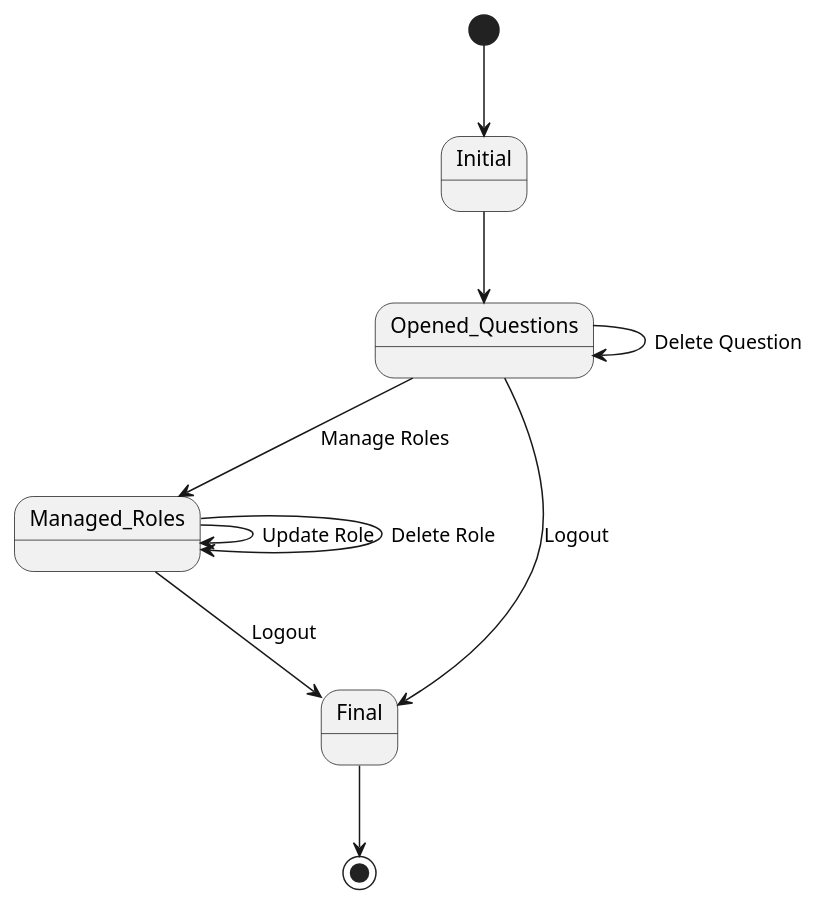
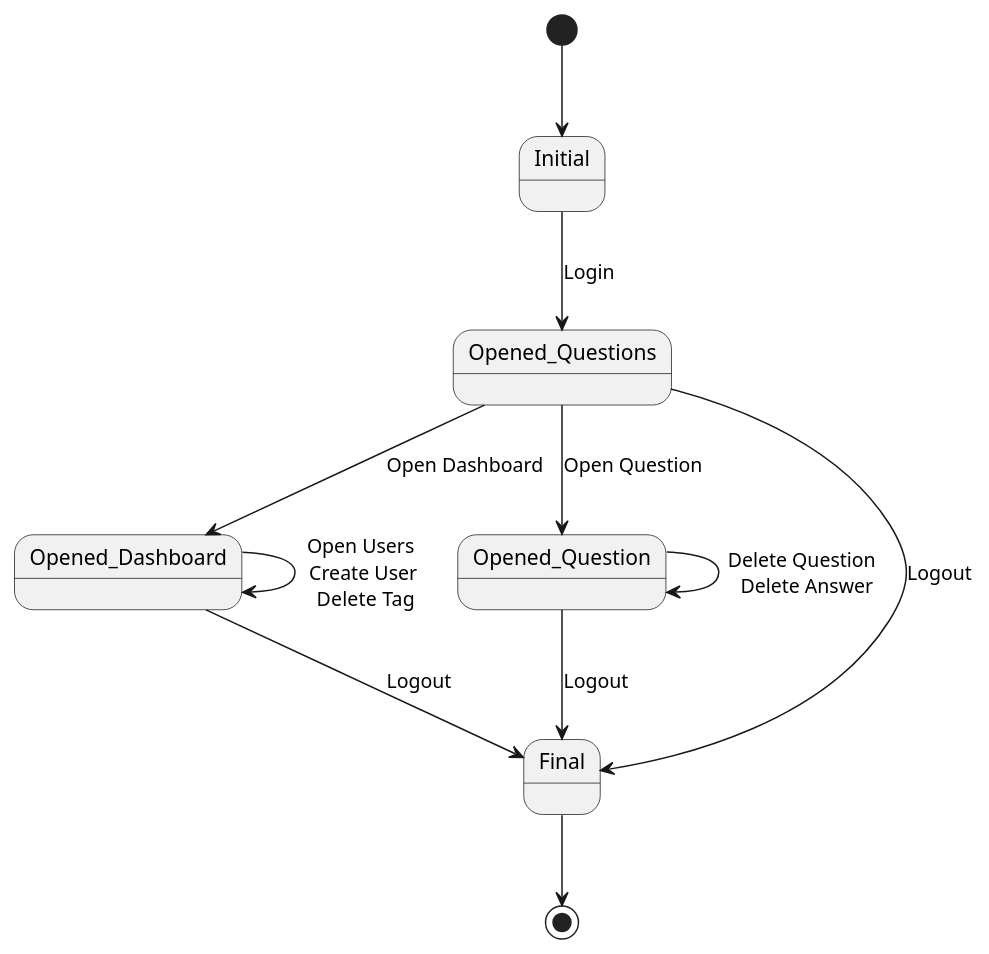
Before and after one commit to rafaelacirino/miw-backend-foro: the diagram in src/main/resources/templates/diagramaContextoAdmin.plantuml, drawn with PlantUML. The commit also changed 3 other files, not shown here.

Commit message:
fix diagramas

```diff
--- a/src/main/resources/templates/diagramaContextoAdmin.plantuml
+++ b/src/main/resources/templates/diagramaContextoAdmin.plantuml
@@ -1,19 +1,19 @@
 @startuml
 
 
 [*] --> Initial
 
-Initial --> Opened_Questions
+Initial --> Opened_Questions: Login
 
-Opened_Questions --> Managed_Roles : Manage Roles
-Opened_Questions --> Opened_Questions : Delete Question
-'Opened_Questions --> Restored_Content : Restore Content
+Opened_Questions --> Opened_Dashboard : Open Dashboard
+Opened_Questions --> Opened_Question : Open Question
+Opened_Question --> Opened_Question : Delete Question \n Delete Answer
 Opened_Questions --> Final : Logout
+Opened_Question --> Final : Logout
 
-Managed_Roles --> Managed_Roles : Update Role
-Managed_Roles --> Managed_Roles : Delete Role
-Managed_Roles --> Final : Logout
+Opened_Dashboard --> Opened_Dashboard : Open Users \n Create User \n Delete Tag
+Opened_Dashboard --> Final : Logout
 
 Final --> [*]
 
 @enduml
```
